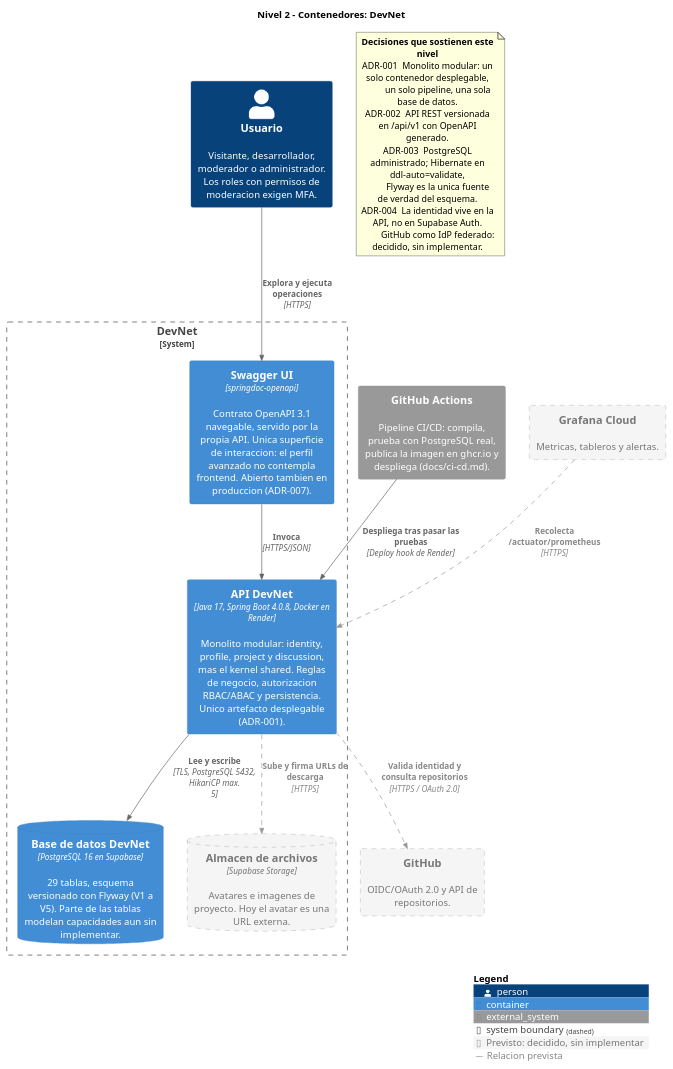
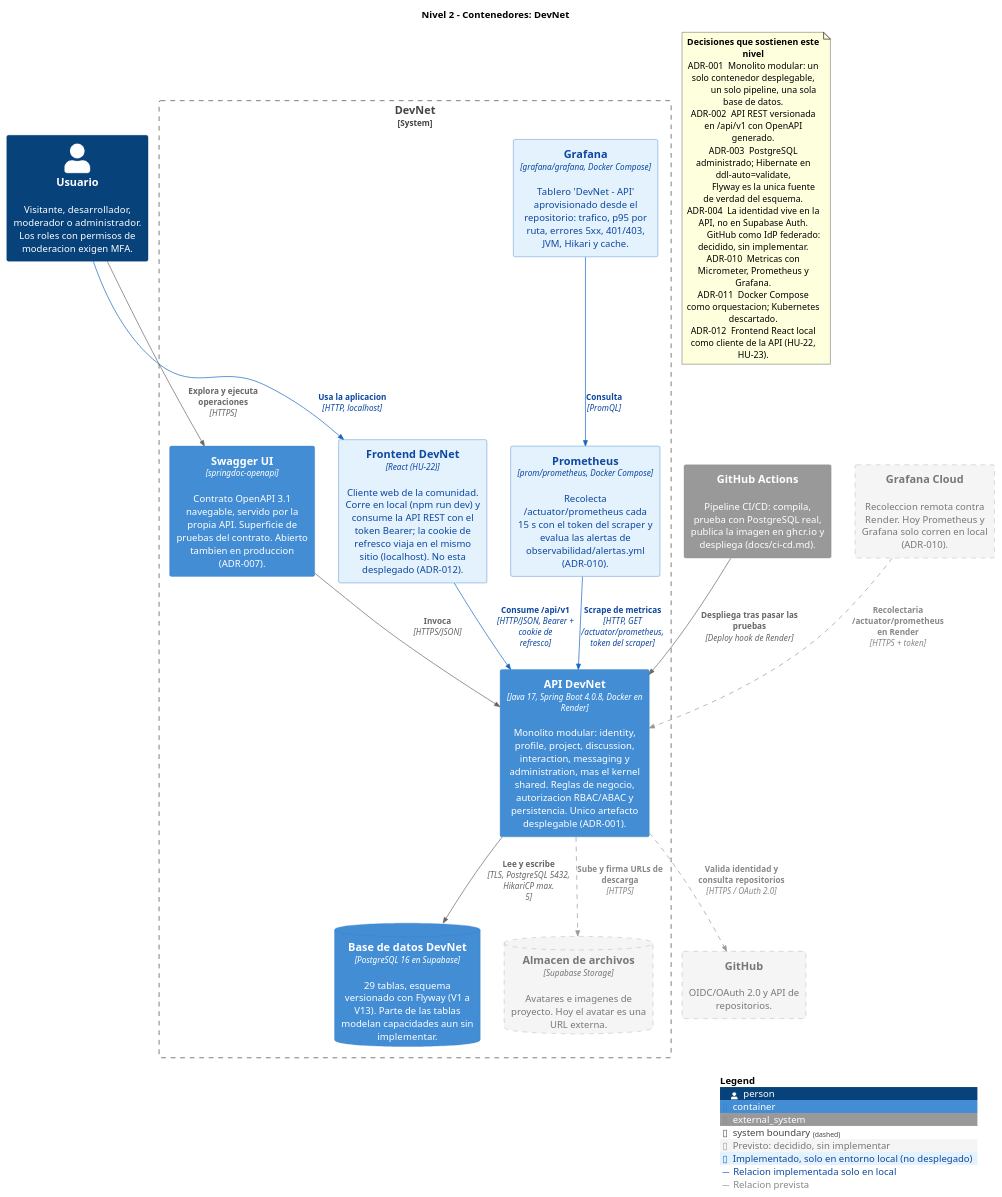
One commit to EAP02/EAP02-Back changed the diagram in docs/arquitectura/c4-02-contenedores.puml. Above: the diagram before and after it, drawn with PlantUML. The commit also changed 32 other files, not shown here.

Commit message:
feat(arquitectura): sprint 3 - observabilidad, contenedores, tokens y refinamiento de APIs

```diff
--- a/docs/arquitectura/c4-02-contenedores.puml
+++ b/docs/arquitectura/c4-02-contenedores.puml
@@ -1,52 +1,64 @@
 @startuml c4-02-contenedores
 ' DevNet - Red Social para Desarrolladores
 ' C4 Nivel 2: Diagrama de Contenedores
 '
 ' §4.1: los diagramas deben coincidir con el codigo y la infraestructura desplegada.
 ' Lo previsto se dibuja con borde discontinuo y la etiqueta "previsto".
-' Revisado en el sprint 2.
+' Revisado en el sprint 3: frontend local (HU-22), observabilidad con Prometheus y Grafana (ADR-010).
 '
 ' Sin conexion a internet, reemplazar el include por: !include <C4/C4_Container>
 !include https://raw.githubusercontent.com/plantuml-stdlib/C4-PlantUML/master/C4_Container.puml
 
 AddElementTag("previsto", $fontColor="#777777", $borderColor="#999999", $bgColor="#F5F5F5", $borderStyle=DashedLine(), $legendText="Previsto: decidido, sin implementar")
+AddElementTag("local", $fontColor="#0D47A1", $borderColor="#1565C0", $bgColor="#E3F2FD", $legendText="Implementado, solo en entorno local (no desplegado)")
+AddRelTag("local", $textColor="#0D47A1", $lineColor="#1565C0", $legendText="Relacion implementada solo en local")
 AddRelTag("previsto", $textColor="#888888", $lineColor="#999999", $lineStyle=DashedLine(), $legendText="Relacion prevista")
 
 title Nivel 2 - Contenedores: DevNet
 
 Person(usuario, "Usuario", "Visitante, desarrollador, moderador o administrador. Los roles con permisos de moderacion exigen MFA.")
 
 System_Boundary(devnet, "DevNet") {
-    Container(api, "API DevNet", "Java 17, Spring Boot 4.0.8, Docker en Render", "Monolito modular: identity, profile, project y discussion, mas el kernel shared. Reglas de negocio, autorizacion RBAC/ABAC y persistencia. Unico artefacto desplegable (ADR-001).")
-    Container(swagger, "Swagger UI", "springdoc-openapi", "Contrato OpenAPI 3.1 navegable, servido por la propia API. Unica superficie de interaccion: el perfil avanzado no contempla frontend. Abierto tambien en produccion (ADR-007).")
-    ContainerDb(bd, "Base de datos DevNet", "PostgreSQL 16 en Supabase", "29 tablas, esquema versionado con Flyway (V1 a V5). Parte de las tablas modelan capacidades aun sin implementar.")
+    Container(api, "API DevNet", "Java 17, Spring Boot 4.0.8, Docker en Render", "Monolito modular: identity, profile, project, discussion, interaction, messaging y administration, mas el kernel shared. Reglas de negocio, autorizacion RBAC/ABAC y persistencia. Unico artefacto desplegable (ADR-001).")
+    Container(swagger, "Swagger UI", "springdoc-openapi", "Contrato OpenAPI 3.1 navegable, servido por la propia API. Superficie de pruebas del contrato. Abierto tambien en produccion (ADR-007).")
+    ContainerDb(bd, "Base de datos DevNet", "PostgreSQL 16 en Supabase", "29 tablas, esquema versionado con Flyway (V1 a V13). Parte de las tablas modelan capacidades aun sin implementar.")
+    Container(front, "Frontend DevNet", "React (HU-22)", "Cliente web de la comunidad. Corre en local (npm run dev) y consume la API REST con el token Bearer; la cookie de refresco viaja en el mismo sitio (localhost). No esta desplegado (ADR-012).", $tags="local")
+    Container(prom, "Prometheus", "prom/prometheus, Docker Compose", "Recolecta /actuator/prometheus cada 15 s con el token del scraper y evalua las alertas de observabilidad/alertas.yml (ADR-010).", $tags="local")
+    Container(graf, "Grafana", "grafana/grafana, Docker Compose", "Tablero 'DevNet - API' aprovisionado desde el repositorio: trafico, p95 por ruta, errores 5xx, 401/403, JVM, Hikari y cache.", $tags="local")
     ContainerDb(archivos, "Almacen de archivos", "Supabase Storage", "Avatares e imagenes de proyecto. Hoy el avatar es una URL externa.", $tags="previsto")
 }
 
 System_Ext(actions, "GitHub Actions", "Pipeline CI/CD: compila, prueba con PostgreSQL real, publica la imagen en ghcr.io y despliega (docs/ci-cd.md).")
 System_Ext(github, "GitHub", "OIDC/OAuth 2.0 y API de repositorios.", $tags="previsto")
-System_Ext(grafana, "Grafana Cloud", "Metricas, tableros y alertas.", $tags="previsto")
+System_Ext(grafanacloud, "Grafana Cloud", "Recoleccion remota contra Render. Hoy Prometheus y Grafana solo corren en local (ADR-010).", $tags="previsto")
 
 Rel(usuario, swagger, "Explora y ejecuta operaciones", "HTTPS")
 Rel(swagger, api, "Invoca", "HTTPS/JSON")
 Rel(api, bd, "Lee y escribe", "TLS, PostgreSQL 5432, HikariCP max. 5")
 Rel(actions, api, "Despliega tras pasar las pruebas", "Deploy hook de Render")
+Rel(usuario, front, "Usa la aplicacion", "HTTP, localhost", $tags="local")
+Rel(front, api, "Consume /api/v1", "HTTP/JSON, Bearer + cookie de refresco", $tags="local")
+Rel(prom, api, "Scrape de metricas", "HTTP, GET /actuator/prometheus, token del scraper", $tags="local")
+Rel(graf, prom, "Consulta", "PromQL", $tags="local")
 
 Rel(api, archivos, "Sube y firma URLs de descarga", "HTTPS", $tags="previsto")
 Rel(api, github, "Valida identidad y consulta repositorios", "HTTPS / OAuth 2.0", $tags="previsto")
-Rel(grafana, api, "Recolecta /actuator/prometheus", "HTTPS", $tags="previsto")
+Rel(grafanacloud, api, "Recolectaria /actuator/prometheus en Render", "HTTPS + token", $tags="previsto")
 
 SHOW_LEGEND()
 
 note as N1
   <b>Decisiones que sostienen este nivel</b>
   ADR-001  Monolito modular: un solo contenedor desplegable,
            un solo pipeline, una sola base de datos.
   ADR-002  API REST versionada en /api/v1 con OpenAPI generado.
   ADR-003  PostgreSQL administrado; Hibernate en ddl-auto=validate,
            Flyway es la unica fuente de verdad del esquema.
   ADR-004  La identidad vive en la API, no en Supabase Auth.
            GitHub como IdP federado: decidido, sin implementar.
+  ADR-010  Metricas con Micrometer, Prometheus y Grafana.
+  ADR-011  Docker Compose como orquestacion; Kubernetes descartado.
+  ADR-012  Frontend React local como cliente de la API (HU-22, HU-23).
 end note
 
 @enduml
```
